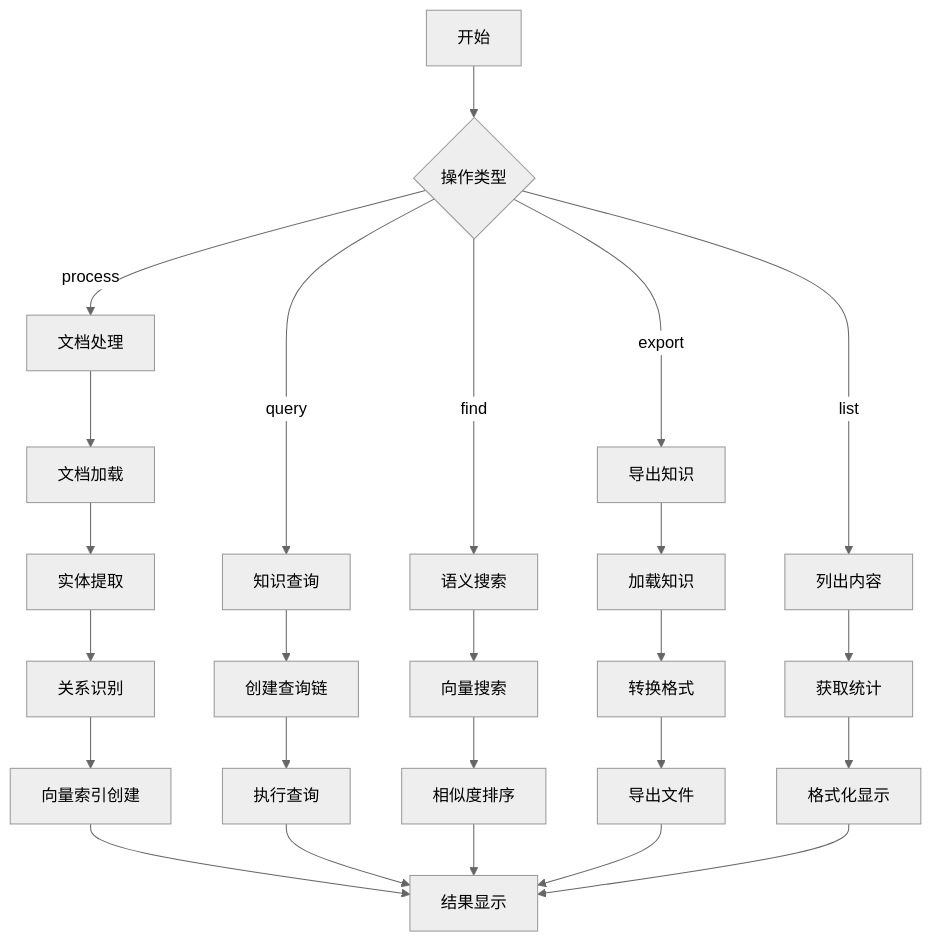
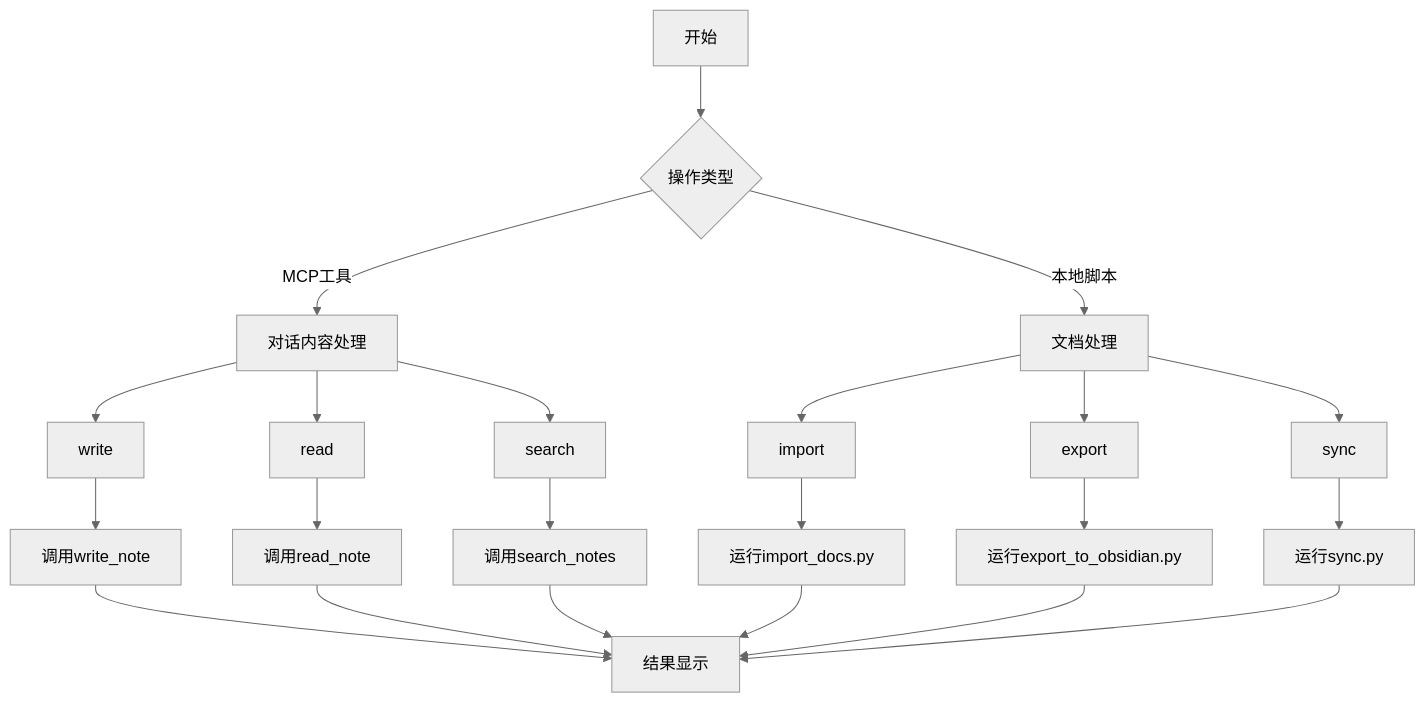
Before and after one commit to jacobcy/VibeCopilot: the diagram in .cursor/rules/command-rules/memory-command.mdc, drawn with Mermaid (neutral theme). The commit also changed other lines of this file and 17 other files, not shown here.

````diff
--- a/.cursor/rules/command-rules/memory-command.mdc
+++ b/.cursor/rules/command-rules/memory-command.mdc
@@ -42,33 +56,29 @@
 ```mermaid
 flowchart TD
     A[开始] --> B{操作类型}
-    B -->|process| C[文档处理]
-    B -->|query| D[知识查询]
-    B -->|find| E[语义搜索]
-    B -->|export| F[导出知识]
-    B -->|list| G[列出内容]
 
-    C --> C1[文档加载]
-    C1 --> C2[实体提取]
-    C2 --> C3[关系识别]
-    C3 --> C4[向量索引创建]
+    B -->|MCP工具| C[对话内容处理]
+    C --> C1[write]
+    C --> C2[read]
+    C --> C3[search]
 
-    D --> D1[创建查询链]
-    D1 --> D2[执行查询]
+    B -->|本地脚本| D[文档处理]
+    D --> D1[import]
+    D --> D2[export]
+    D --> D3[sync]
 
-    E --> E1[向量搜索]
-    E1 --> E2[相似度排序]
+    C1 --> C1A[调用write_note]
+    C2 --> C2A[调用read_note]
+    C3 --> C3A[调用search_notes]
 
-    F --> F1[加载知识]
-    F1 --> F2[转换格式]
-    F2 --> F3[导出文件]
+    D1 --> D1A[运行import_docs.py]
+    D2 --> D2A[运行export_to_obsidian.py]
+    D3 --> D3A[运行sync.py]
 
-    G --> G1[获取统计]
-    G1 --> G2[格式化显示]
-
-    C4 --> Z[结果显示]
-    D2 --> Z
-    E2 --> Z
-    F3 --> Z
-    G2 --> Z
+    C1A --> E[结果显示]
+    C2A --> E
+    C3A --> E
+    D1A --> E
+    D2A --> E
+    D3A --> E
 ```
````
